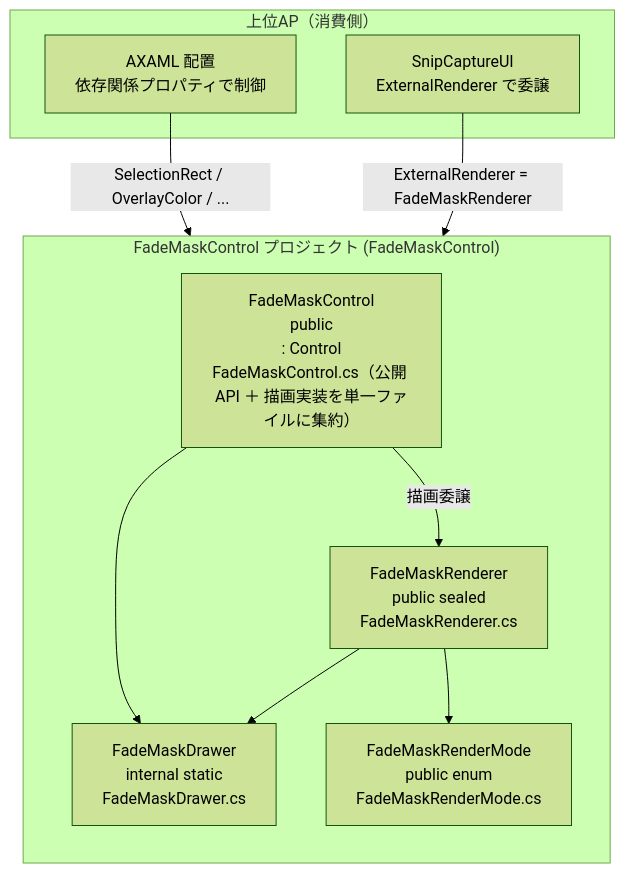
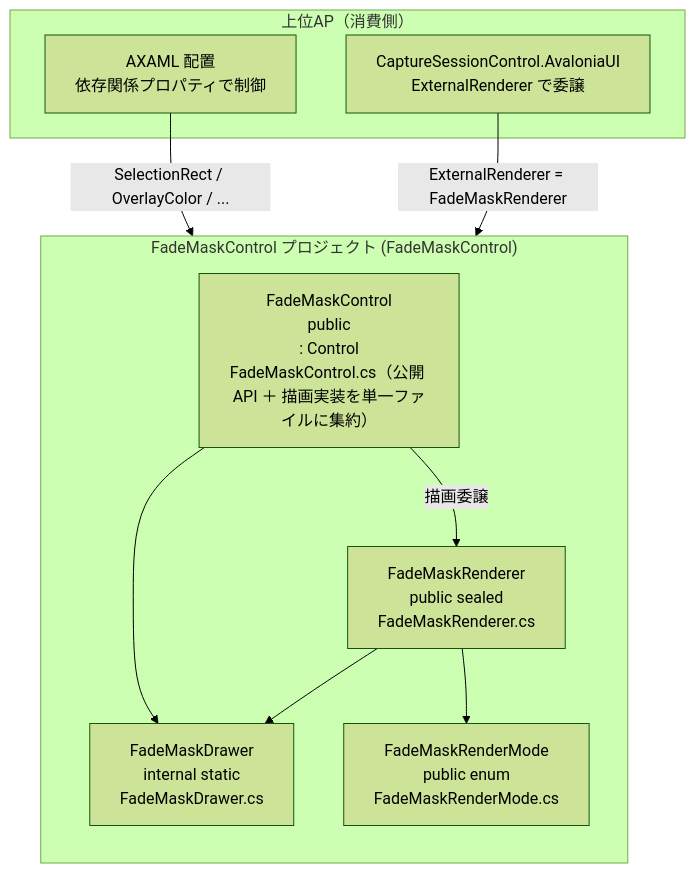
The first of 2 diagrams in src/FadeMaskControl.AvaloniaUI/SPEC_System.md (tomokuni/SaveEvidence), drawn with Mermaid (forest theme) before and after one commit. The commit also changed other lines of this file and 213 other files, not shown here.

````diff
--- a/src/FadeMaskControl.AvaloniaUI/SPEC_System.md
+++ b/src/FadeMaskControl.AvaloniaUI/SPEC_System.md
@@ -76,21 +76,21 @@
 ```mermaid
 flowchart TB
     subgraph Host["上位AP（消費側）"]
         UI["AXAML 配置<br/>依存関係プロパティで制御"]
-        Snip["SnipCaptureUI<br/>ExternalRenderer で委譲"]
+        Snip["CaptureSessionControl.AvaloniaUI<br/>ExternalRenderer で委譲"]
     end
     subgraph FMC["FadeMaskControl プロジェクト (FadeMaskControl)"]
         direction TB
         Ctl["FadeMaskControl<br/>public<br/>: Control<br/>FadeMaskControl.cs（公開 API ＋ 描画実装を単一ファイルに集約）"]
         Rnd["FadeMaskRenderer<br/>public sealed<br/>FadeMaskRenderer.cs"]
         Drawer["FadeMaskDrawer<br/>internal static<br/>FadeMaskDrawer.cs"]
         Mode["FadeMaskRenderMode<br/>public enum<br/>FadeMaskRenderMode.cs"]
     end
 
     UI -->|"SelectionRect / OverlayColor / ..."| Ctl
     Snip -->|"ExternalRenderer = FadeMaskRenderer"| Ctl
     Ctl -->|"描画委譲"| Rnd
     Ctl --> Drawer
     Rnd --> Drawer
     Rnd --> Mode
 ```
````
